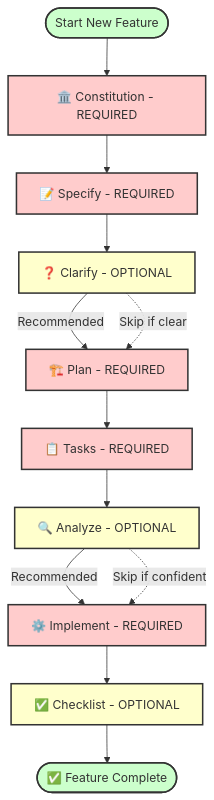
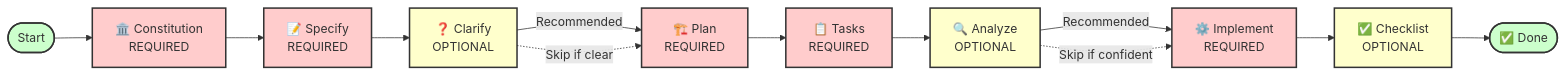
One commit to veerabhadra-ponna/spec-kit-smart changed the first of 6 diagrams in README.md. Above: the diagram before and after it, drawn with Mermaid. The commit also changed other lines of this file, not shown here.

````diff
--- a/README.md
+++ b/README.md
@@ -282,26 +260,25 @@
 ```mermaid
-flowchart TD
-    Start([Start New Feature]) --> Constitution
-    Constitution[🏛️ Constitution - REQUIRED] --> Specify
-    Specify[📝 Specify - REQUIRED] --> Clarify
-    Clarify[❓ Clarify - OPTIONAL] --> | Recommended | Plan
+flowchart LR
+    Start([Start]) --> Constitution[🏛️ Constitution<br/>REQUIRED]
+    Constitution --> Specify[📝 Specify<br/>REQUIRED]
+    Specify --> Clarify[❓ Clarify<br/>OPTIONAL]
+    Clarify --> | Recommended | Plan[🏗️ Plan<br/>REQUIRED]
     Clarify -.-> | Skip if clear | Plan
-    Plan[🏗️ Plan - REQUIRED] --> Tasks
-    Tasks[📋 Tasks - REQUIRED] --> Analyze
-    Analyze[🔍 Analyze - OPTIONAL] --> | Recommended | Implement
+    Plan --> Tasks[📋 Tasks<br/>REQUIRED]
+    Tasks --> Analyze[🔍 Analyze<br/>OPTIONAL]
+    Analyze --> | Recommended | Implement[⚙️ Implement<br/>REQUIRED]
     Analyze -.-> | Skip if confident | Implement
-    Implement[⚙️ Implement - REQUIRED] --> Checklist
-    Checklist[✅ Checklist - OPTIONAL] --> Done
-    Done([✅ Feature Complete])
+    Implement --> Checklist[✅ Checklist<br/>OPTIONAL]
+    Checklist --> Done([✅ Done])
 
     style Constitution fill:#ffcccc,stroke:#333,stroke-width:2px
     style Specify fill:#ffcccc,stroke:#333,stroke-width:2px
     style Plan fill:#ffcccc,stroke:#333,stroke-width:2px
     style Tasks fill:#ffcccc,stroke:#333,stroke-width:2px
     style Implement fill:#ffcccc,stroke:#333,stroke-width:2px
     style Clarify fill:#ffffcc,stroke:#333,stroke-width:2px
     style Analyze fill:#ffffcc,stroke:#333,stroke-width:2px
     style Checklist fill:#ffffcc,stroke:#333,stroke-width:2px
     style Start fill:#ccffcc,stroke:#333,stroke-width:2px
     style Done fill:#ccffcc,stroke:#333,stroke-width:2px
 ```
````
